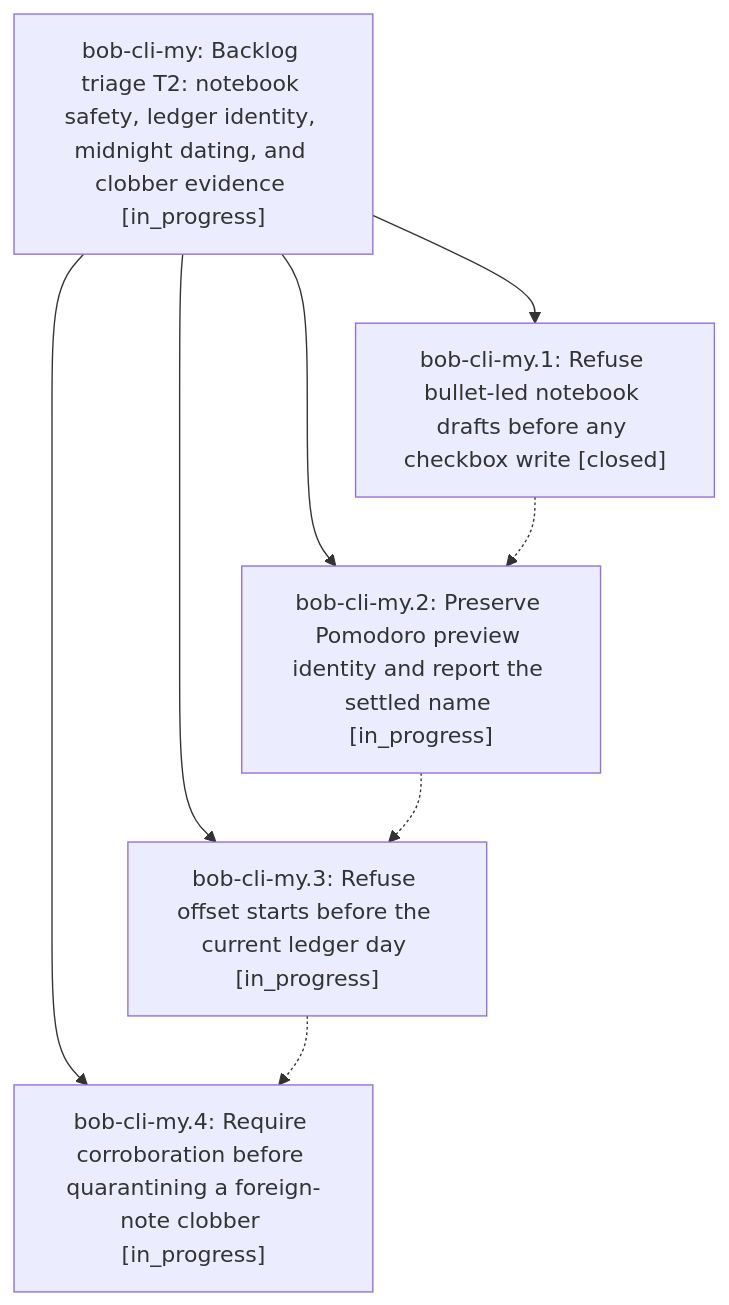
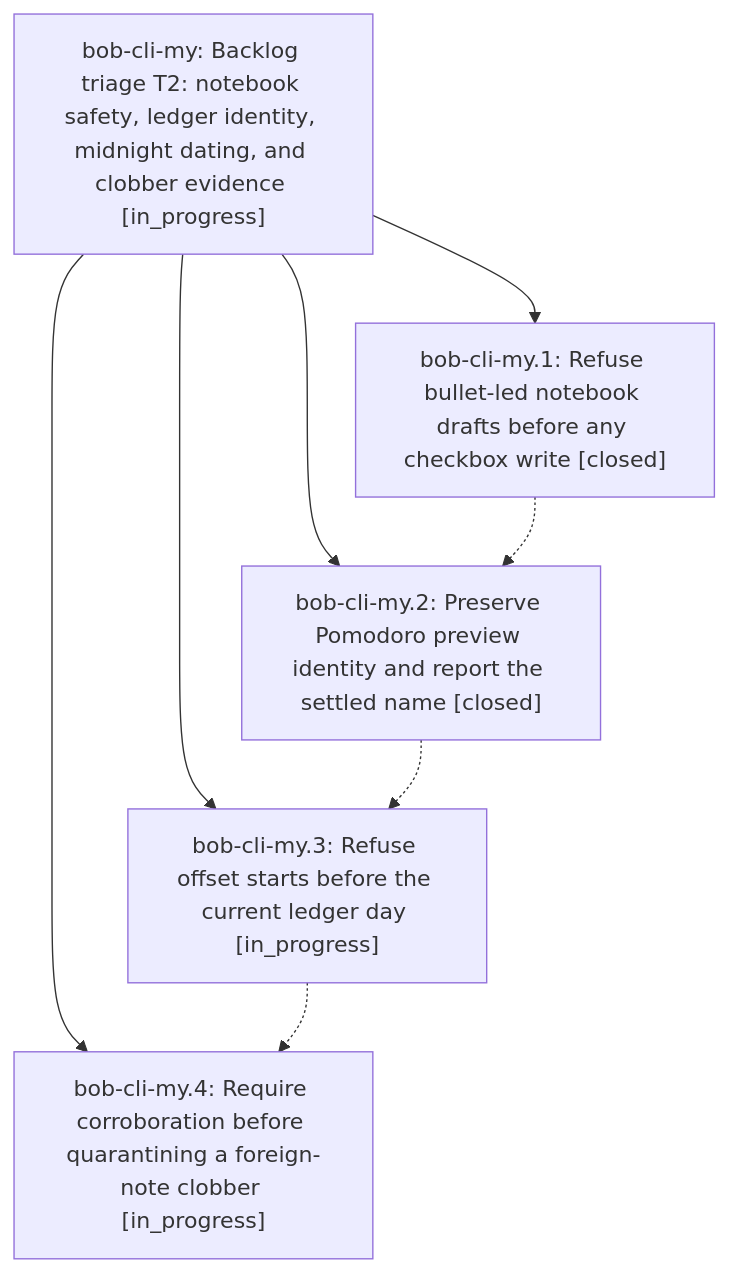
Before and after one commit to bobs-org/bob-cli--beads: the diagram in pages/bob-cli-my/README.md, drawn with Mermaid. The commit also changed other lines of this file and 3 other files, not shown here.

First line of the commit message:
chore(beads): sync bead state and pages for bob-cli-my

````diff
--- a/pages/bob-cli-my/README.md
+++ b/pages/bob-cli-my/README.md
@@ -37,15 +37,15 @@
 ```mermaid
 flowchart TD
     n0["bob-cli-my: Backlog triage T2: notebook safety, ledger identity, midnight dating, and clobber evidence [in_progress]"]
     n1["bob-cli-my.1: Refuse bullet-led notebook drafts before any checkbox write [closed]"]
-    n2["bob-cli-my.2: Preserve Pomodoro preview identity and report the settled name [in_progress]"]
+    n2["bob-cli-my.2: Preserve Pomodoro preview identity and report the settled name [closed]"]
     n3["bob-cli-my.3: Refuse offset starts before the current ledger day [in_progress]"]
     n4["bob-cli-my.4: Require corroboration before quarantining a foreign-note clobber [in_progress]"]
     n0 --> n1
     n0 --> n2
     n0 --> n3
     n0 --> n4
     n1 -.-> n2
     n2 -.-> n3
     n3 -.-> n4
 ```
````
